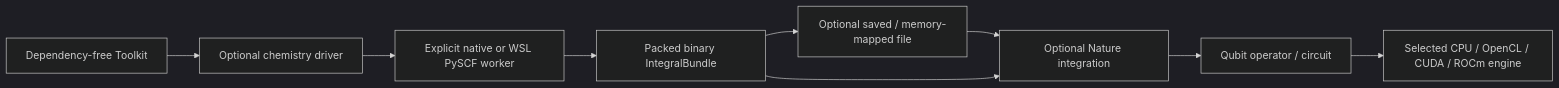
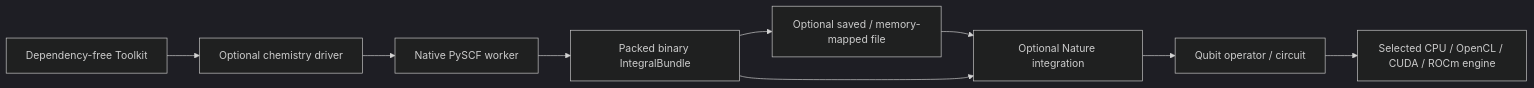
Before and after one commit to yokshire/qiskit-aer-york-rev: the diagram in DATA_FLOW.md, drawn with Mermaid (dark theme). The commit also changed other lines of this file and 12 other files, not shown here.

````diff
--- a/DATA_FLOW.md
+++ b/DATA_FLOW.md
@@ -8,11 +8,11 @@
 ```mermaid
 flowchart LR
     T[Dependency-free Toolkit] --> D[Optional chemistry driver]
-    D --> W[Explicit native or WSL PySCF worker]
+    D --> W[Native PySCF worker]
     W --> B[Packed binary IntegralBundle]
     B --> F[Optional saved / memory-mapped file]
     F --> N[Optional Nature integration]
     B --> N
     N --> Q[Qubit operator / circuit]
     Q --> E[Selected CPU / OpenCL / CUDA / ROCm engine]
 ```
````
